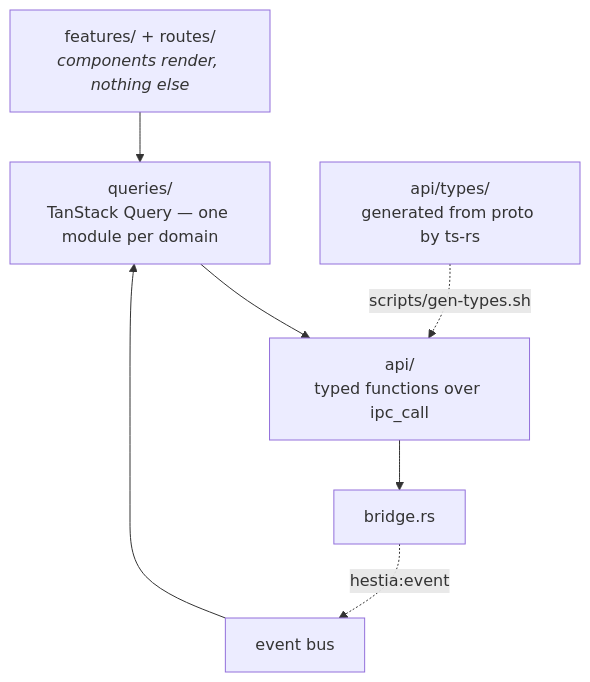
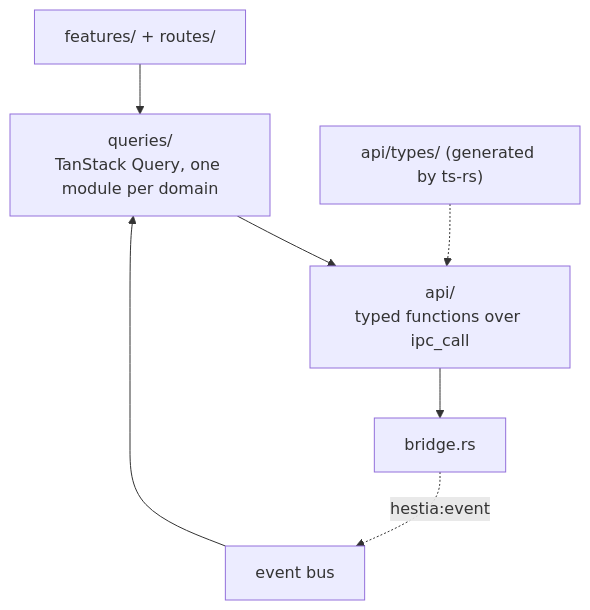
One commit to prytaneum/hestia changed the second of 2 diagrams in docs/architecture/frontends.md. Above: the diagram before and after it, drawn with Mermaid. The commit also changed other lines of this file and 11 other files, not shown here.

Commit message:
docs(architecture): describe the current system only

````diff
--- a/docs/architecture/frontends.md
+++ b/docs/architecture/frontends.md
@@ -226,12 +130,6 @@
 ```mermaid
 flowchart TD
-    UI["features/ + routes/<br/><i>components render, nothing else</i>"]
-    Q["queries/<br/>TanStack Query — one module per domain"]
-    API["api/<br/>typed functions over ipc_call"]
-    T["api/types/<br/>generated from proto by ts-rs"]
-    BR["bridge.rs"]
-
-    UI --> Q --> API --> BR
-    T -.->|"scripts/gen-types.sh"| API
+    UI["features/ + routes/"] --> Q["queries/<br/>TanStack Query, one module per domain"] --> API["api/<br/>typed functions over ipc_call"] --> BR["bridge.rs"]
+    T["api/types/ (generated by ts-rs)"] -.-> API
     BR -.->|"hestia:event"| BUS["event bus"] --> Q
 ```
````
